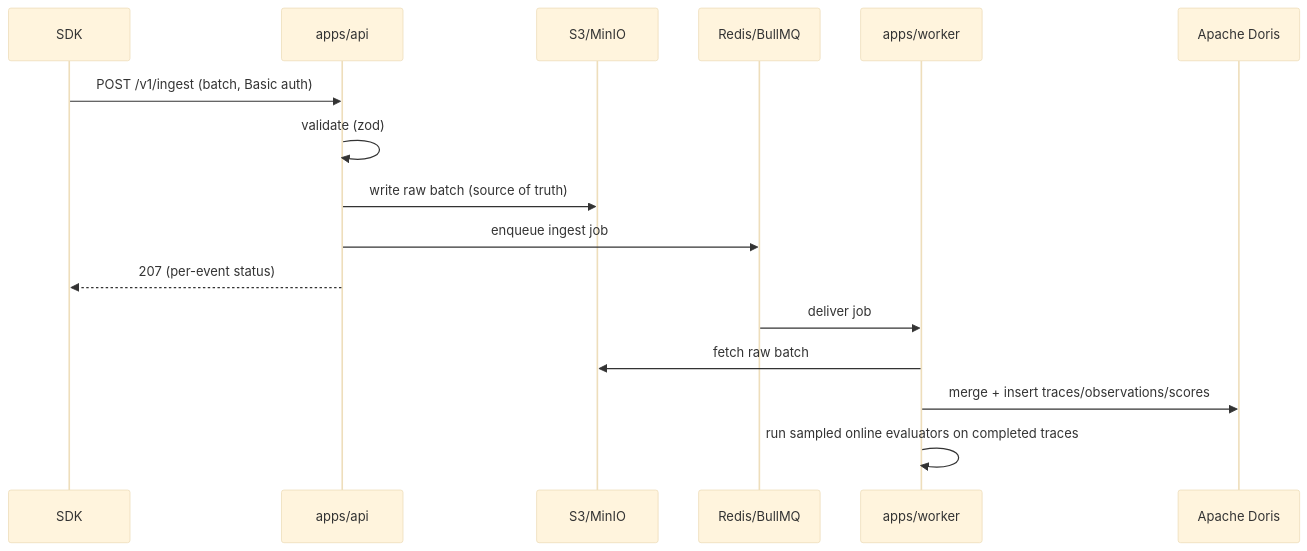
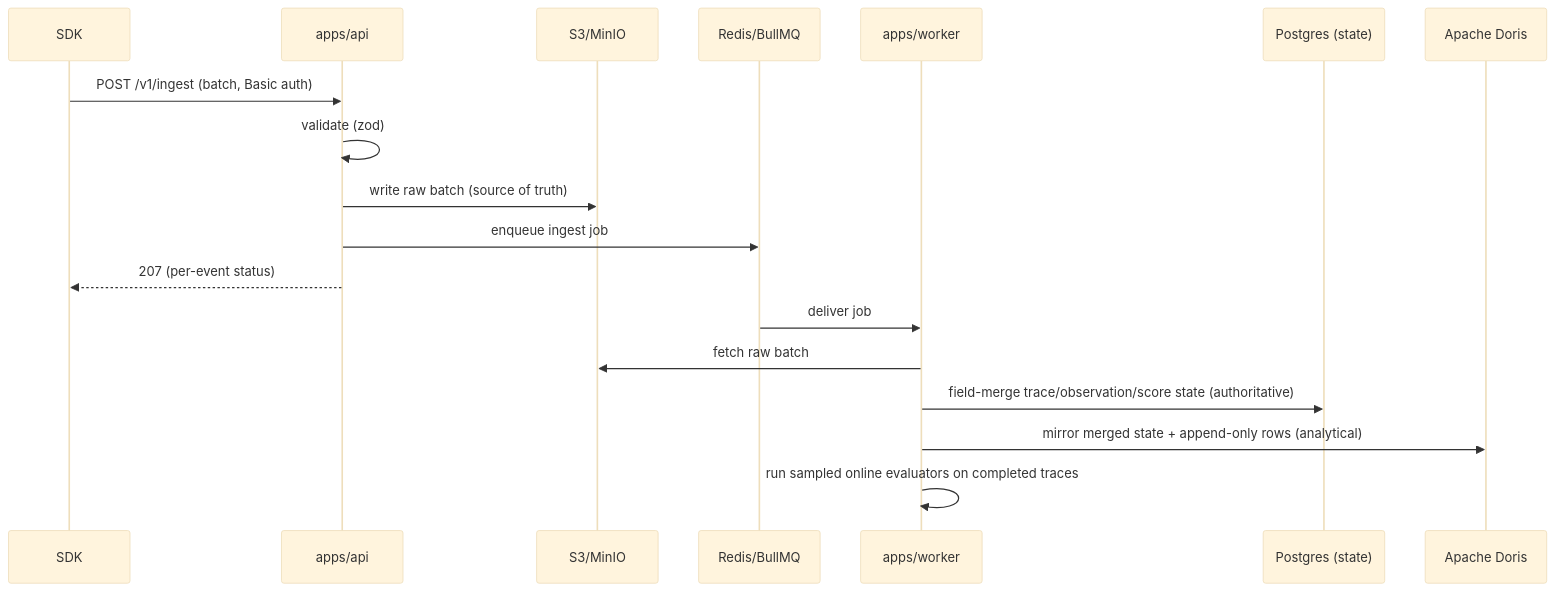
The second of 2 diagrams in docs/architecture.md (memoturn/memoturn), drawn with Mermaid (base theme) before and after one commit. The commit also changed other lines of this file and 8 other files, not shown here.

First line of the commit message:
feat(worker): ADR-0001 Phase 2b cutover — Doris mirrors Postgres state; drop read-merge + entity lock

````diff
--- a/docs/architecture.md
+++ b/docs/architecture.md
@@ -50,19 +50,21 @@
 ```mermaid
 sequenceDiagram
   participant SDK
   participant API as apps/api
   participant Blob as S3/MinIO
   participant Q as Redis/BullMQ
   participant W as apps/worker
+  participant PG as Postgres (state)
   participant CH as Apache Doris
 
   SDK->>API: POST /v1/ingest (batch, Basic auth)
   API->>API: validate (zod)
   API->>Blob: write raw batch (source of truth)
   API->>Q: enqueue ingest job
   API-->>SDK: 207 (per-event status)
   Q->>W: deliver job
   W->>Blob: fetch raw batch
-  W->>CH: merge + insert traces/observations/scores
+  W->>PG: field-merge trace/observation/score state (authoritative)
+  W->>CH: mirror merged state + append-only rows (analytical)
   W->>W: run sampled online evaluators on completed traces
 ```
````
